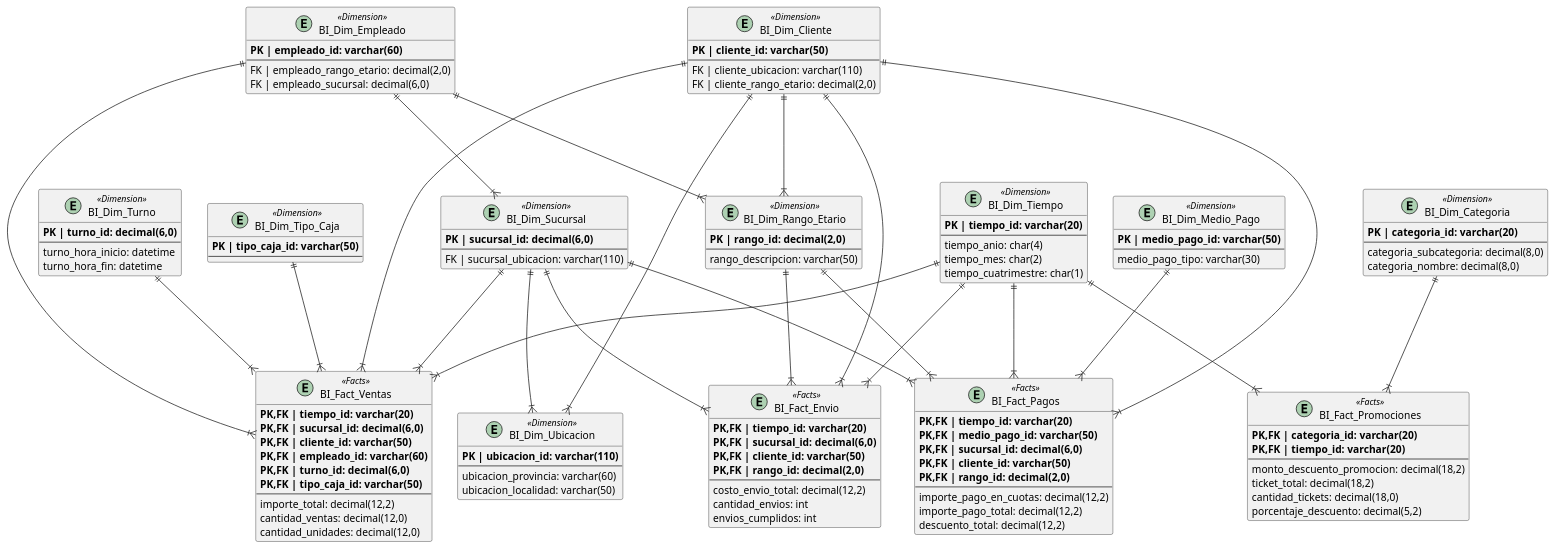
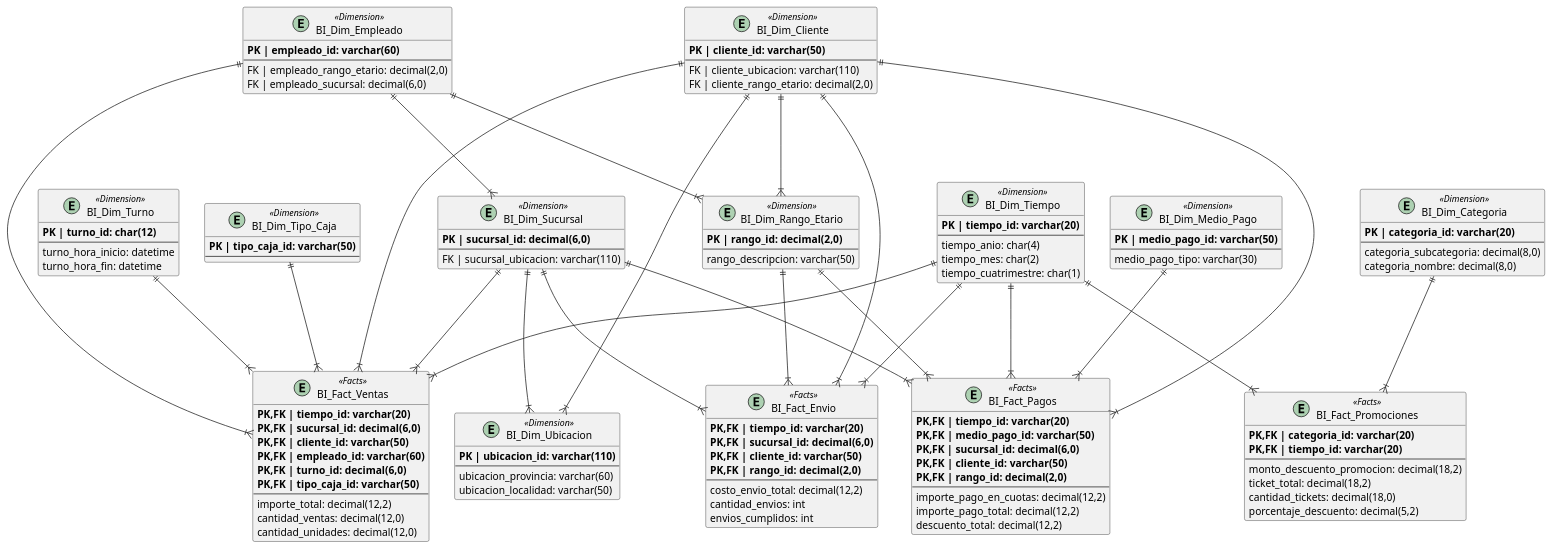
The diagram in DERs/DER_BI/src/DERBI.puml (NicolasPin/GDD), drawn with PlantUML before and after one commit. The commit also changed 2 other files, not shown here.

```diff
--- a/DERs/DER_BI/src/DERBI.puml
+++ b/DERs/DER_BI/src/DERBI.puml
@@ -1,142 +1,142 @@
 @startuml
 
 entity BI_Dim_Tiempo <<Dimension>> {
     **PK | tiempo_id: varchar(20)**
     --
     tiempo_anio: char(4)
     tiempo_mes: char(2)
     tiempo_cuatrimestre: char(1)
 }
 
 entity BI_Dim_Ubicacion <<Dimension>> {
     **PK | ubicacion_id: varchar(110)**
     --
     ubicacion_provincia: varchar(60)
     ubicacion_localidad: varchar(50)
 }
 
 entity BI_Dim_Sucursal <<Dimension>> {
     **PK | sucursal_id: decimal(6,0)**
     --
     FK | sucursal_ubicacion: varchar(110)
 }
 
 entity BI_Dim_Rango_Etario <<Dimension>> {
     **PK | rango_id: decimal(2,0)**
     --
     rango_descripcion: varchar(50)
 }
 
 entity BI_Dim_Cliente <<Dimension>> {
     **PK | cliente_id: varchar(50)**
     --
     FK | cliente_ubicacion: varchar(110)
     FK | cliente_rango_etario: decimal(2,0)
 }
 
 entity BI_Dim_Empleado <<Dimension>> {
     **PK | empleado_id: varchar(60)**
     --
     FK | empleado_rango_etario: decimal(2,0)
     FK | empleado_sucursal: decimal(6,0)
 }
 
 entity BI_Dim_Turno <<Dimension>> {
-    **PK | turno_id: decimal(6,0)**
+    **PK | turno_id: char(12)**
     --
     turno_hora_inicio: datetime
     turno_hora_fin: datetime
 }
 
 entity BI_Dim_Medio_Pago <<Dimension>> {
     **PK | medio_pago_id: varchar(50)**
     --
     medio_pago_tipo: varchar(30)
 }
 
 entity BI_Dim_Categoria <<Dimension>> {
     **PK | categoria_id: varchar(20)**
     --
     categoria_subcategoria: decimal(8,0)
     categoria_nombre: decimal(8,0)
 }
 
 entity BI_Dim_Tipo_Caja <<Dimension>> {
     **PK | tipo_caja_id: varchar(50)**
     --
 }
 
 entity BI_Fact_Ventas <<Facts>> {
     **PK,FK | tiempo_id: varchar(20)**
     **PK,FK | sucursal_id: decimal(6,0)**
     **PK,FK | cliente_id: varchar(50)**
     **PK,FK | empleado_id: varchar(60)**
     **PK,FK | turno_id: decimal(6,0)**
     **PK,FK | tipo_caja_id: varchar(50)**
     --
     importe_total: decimal(12,2)
     cantidad_ventas: decimal(12,0)
     cantidad_unidades: decimal(12,0)
 }
 
 entity BI_Fact_Promociones <<Facts>> {
     **PK,FK | categoria_id: varchar(20)**
     **PK,FK | tiempo_id: varchar(20)**
     --
     monto_descuento_promocion: decimal(18,2)
     ticket_total: decimal(18,2)
     cantidad_tickets: decimal(18,0)
     porcentaje_descuento: decimal(5,2)
 }
 
 entity BI_Fact_Pagos <<Facts>> {
     **PK,FK | tiempo_id: varchar(20)**
     **PK,FK | medio_pago_id: varchar(50)**
     **PK,FK | sucursal_id: decimal(6,0)**
     **PK,FK | cliente_id: varchar(50)**
     **PK,FK | rango_id: decimal(2,0)**
     --
     importe_pago_en_cuotas: decimal(12,2)
     importe_pago_total: decimal(12,2)
     descuento_total: decimal(12,2)
 }
 
 entity BI_Fact_Envio <<Facts>> {
     **PK,FK | tiempo_id: varchar(20)**
     **PK,FK | sucursal_id: decimal(6,0)**
     **PK,FK | cliente_id: varchar(50)**
     **PK,FK | rango_id: decimal(2,0)**
     --
     costo_envio_total: decimal(12,2)
     cantidad_envios: int
     envios_cumplidos: int
 }
 
 BI_Dim_Tiempo ||---|{ BI_Fact_Ventas
 BI_Dim_Sucursal ||---|{ BI_Fact_Ventas
 BI_Dim_Cliente ||---|{ BI_Fact_Ventas
 BI_Dim_Empleado ||---|{ BI_Fact_Ventas
 BI_Dim_Turno ||---|{ BI_Fact_Ventas
 BI_Dim_Tipo_Caja ||---|{ BI_Fact_Ventas
 
 BI_Dim_Tiempo ||---|{ BI_Fact_Promociones
 BI_Dim_Categoria ||---|{ BI_Fact_Promociones
 
 BI_Dim_Tiempo ||---|{ BI_Fact_Pagos
 BI_Dim_Medio_Pago ||---|{ BI_Fact_Pagos
 BI_Dim_Sucursal ||---|{ BI_Fact_Pagos
 BI_Dim_Cliente ||---|{ BI_Fact_Pagos
 BI_Dim_Rango_Etario ||---|{ BI_Fact_Pagos
 
 BI_Dim_Tiempo ||---|{ BI_Fact_Envio
 BI_Dim_Sucursal ||---|{ BI_Fact_Envio
 BI_Dim_Cliente ||---|{ BI_Fact_Envio
 BI_Dim_Rango_Etario ||---|{ BI_Fact_Envio
 
 BI_Dim_Sucursal ||---|{ BI_Dim_Ubicacion
 BI_Dim_Cliente ||----|{ BI_Dim_Ubicacion
 BI_Dim_Empleado ||---|{ BI_Dim_Sucursal
 BI_Dim_Empleado ||--|{ BI_Dim_Rango_Etario
 BI_Dim_Cliente ||---|{ BI_Dim_Rango_Etario
 
 @enduml
```
